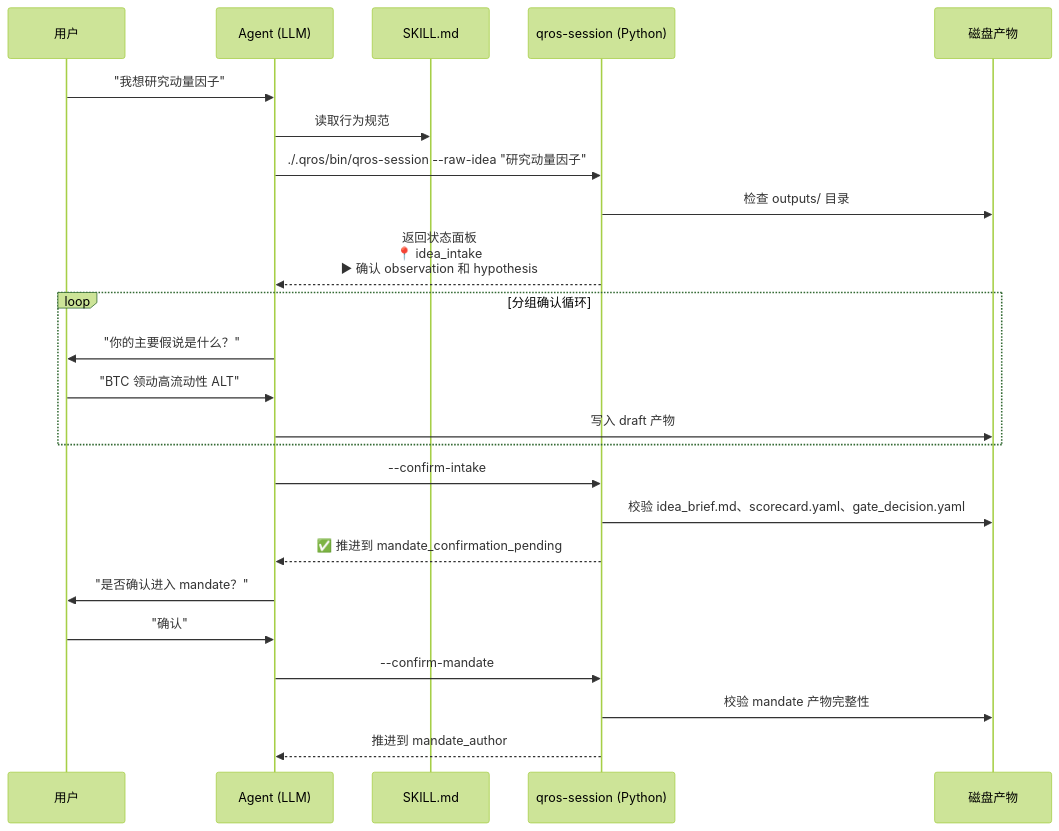
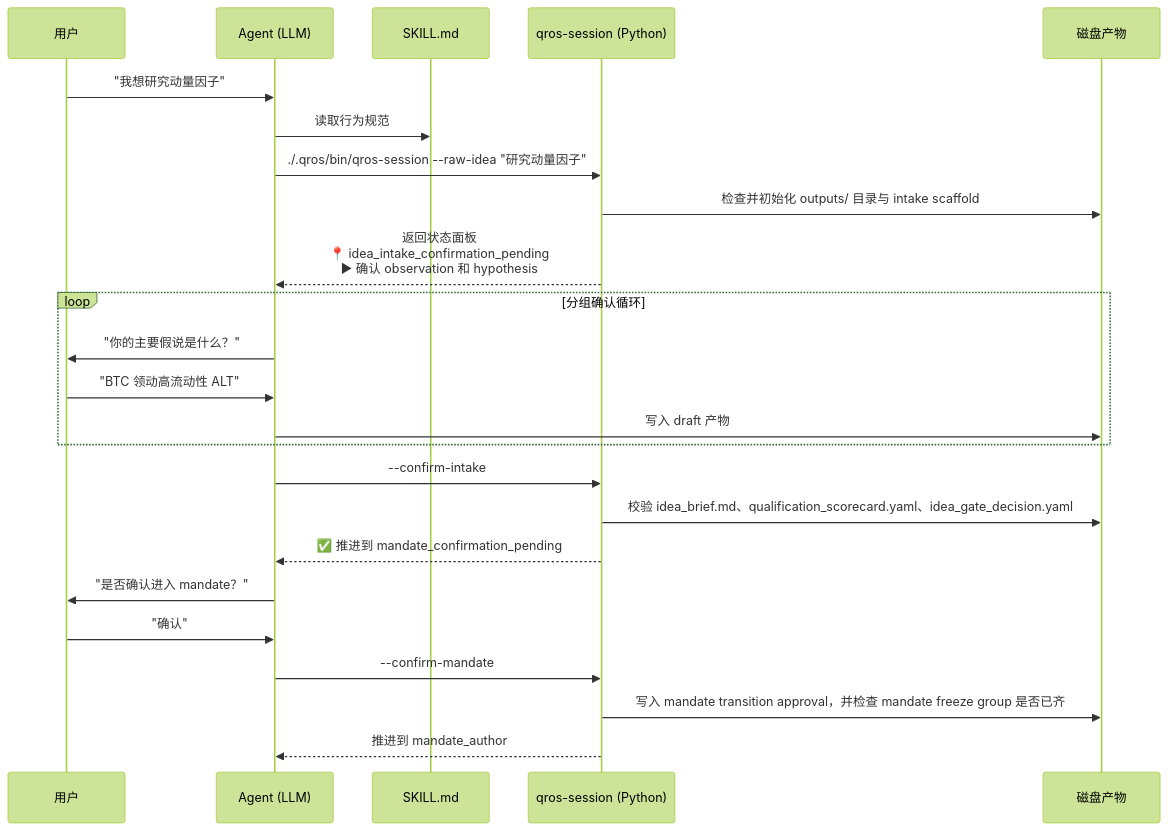
Before and after one commit to web3qt/quant-research-os: the second of 10 diagrams in docs/guides/how-qros-works.md, drawn with Mermaid (forest theme). The commit also changed other lines of this file and 9 other files, not shown here.

````diff
--- a/docs/guides/how-qros-works.md
+++ b/docs/guides/how-qros-works.md
@@ -47,31 +47,31 @@
 ```mermaid
 sequenceDiagram
     participant U as 用户
     participant A as Agent (LLM)
     participant S as SKILL.md
     participant R as qros-session (Python)
     participant D as 磁盘产物
 
     U->>A: "我想研究动量因子"
     A->>S: 读取行为规范
     A->>R: ./.qros/bin/qros-session --raw-idea "研究动量因子"
 
-    R->>D: 检查 outputs/ 目录
-    R-->>A: 返回状态面板<br/>📍 idea_intake<br/>▶ 确认 observation 和 hypothesis
+    R->>D: 检查并初始化 outputs/ 目录与 intake scaffold
+    R-->>A: 返回状态面板<br/>📍 idea_intake_confirmation_pending<br/>▶ 确认 observation 和 hypothesis
 
     loop 分组确认循环
         A->>U: "你的主要假说是什么？"
         U->>A: "BTC 领动高流动性 ALT"
         A->>D: 写入 draft 产物
     end
 
     A->>R: --confirm-intake
-    R->>D: 校验 idea_brief.md、scorecard.yaml、gate_decision.yaml
+    R->>D: 校验 idea_brief.md、qualification_scorecard.yaml、idea_gate_decision.yaml
     R-->>A: ✅ 推进到 mandate_confirmation_pending
 
     A->>U: "是否确认进入 mandate？"
     U->>A: "确认"
     A->>R: --confirm-mandate
-    R->>D: 校验 mandate 产物完整性
+    R->>D: 写入 mandate transition approval，并检查 mandate freeze group 是否已齐
     R-->>A: 推进到 mandate_author
 ```
````
